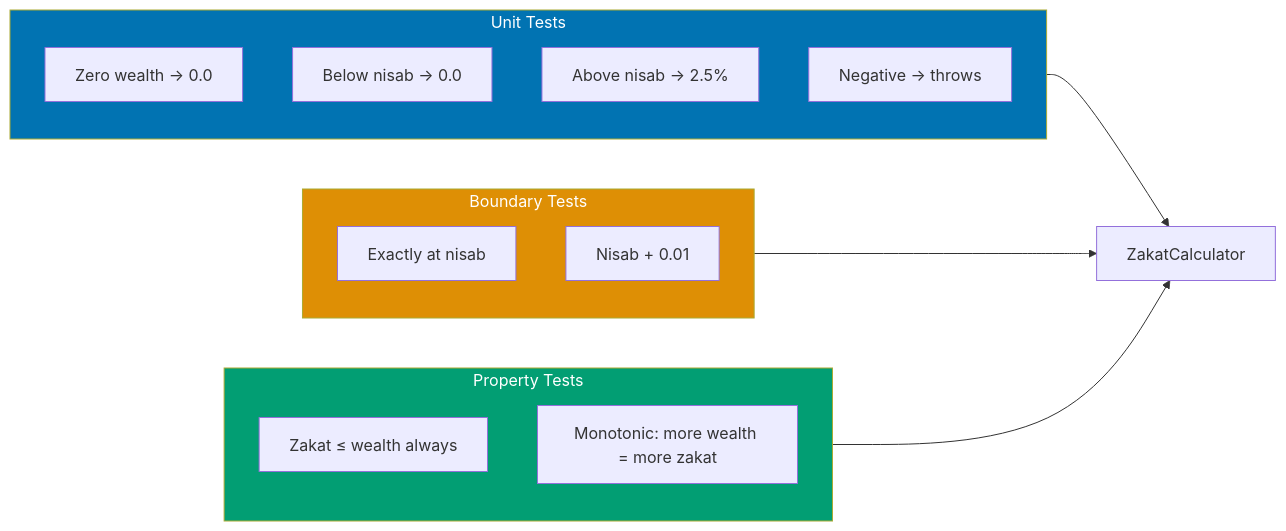
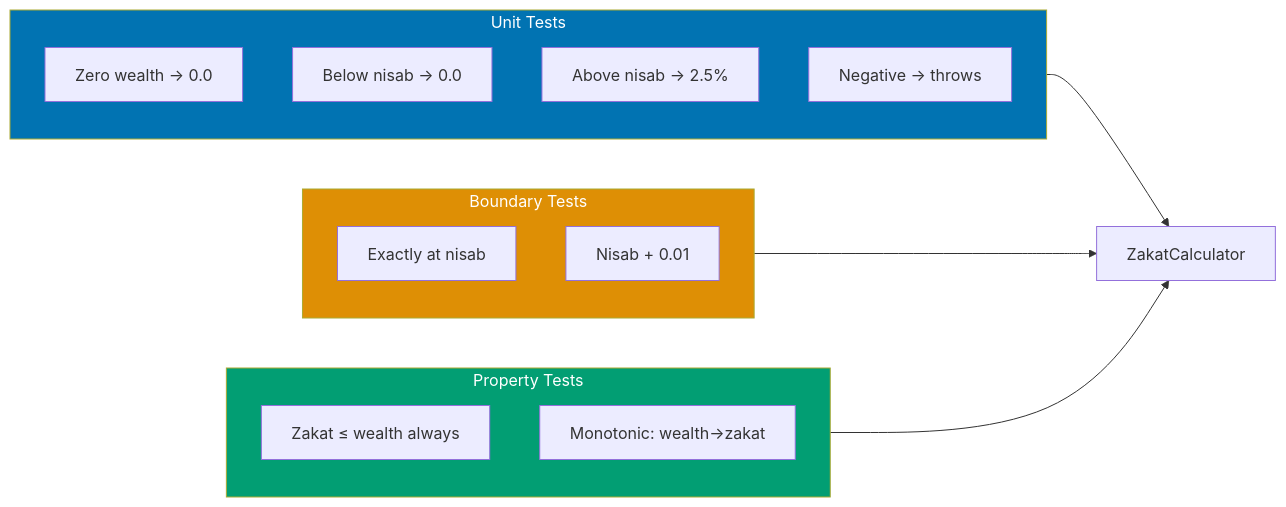
Before and after one commit to wahidyankf/baseerah: diagram 11 of 11 in apps/ayokoding-www/content/en/learn/software-engineering/programming-languages/dart/by-example/advanced.md, drawn with Mermaid. The commit also changed 88 other files, not shown here.

First line of the commit message:
fix(ayokoding-www): resolve pre-existing Mermaid violations, exclude fixtures/plans-done

````diff
--- a/apps/ayokoding-www/content/en/learn/software-engineering/programming-languages/dart/by-example/advanced.md
+++ b/apps/ayokoding-www/content/en/learn/software-engineering/programming-languages/dart/by-example/advanced.md
@@ -4189,25 +4189,25 @@
 ```mermaid
 flowchart LR
     subgraph Unit["Unit Tests"]
         UT1[Zero wealth → 0.0]
         UT2[Below nisab → 0.0]
         UT3[Above nisab → 2.5%]
         UT4[Negative → throws]
     end
     subgraph Boundary["Boundary Tests"]
         BT1[Exactly at nisab]
         BT2[Nisab + 0.01]
     end
     subgraph Property["Property Tests"]
         PT1[Zakat ≤ wealth always]
-        PT2[Monotonic: more wealth = more zakat]
+        PT2[Monotonic: wealth->zakat]
     end
     ZakatCalc[ZakatCalculator]
     Unit --> ZakatCalc
     Boundary --> ZakatCalc
     Property --> ZakatCalc
 
     style Unit fill:#0173B2,color:#fff
     style Boundary fill:#DE8F05,color:#fff
     style Property fill:#029E73,color:#fff
 ```
````
